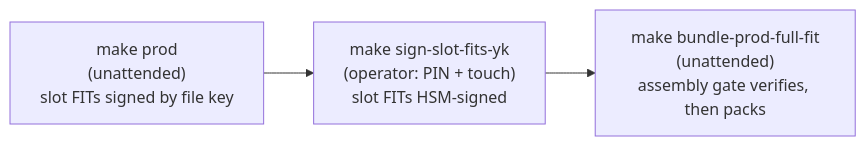
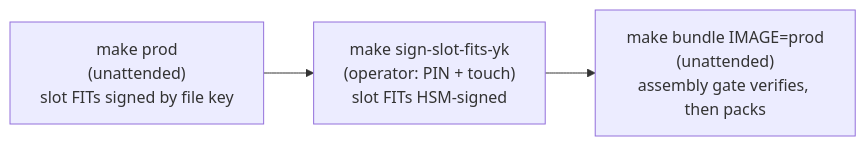
One commit to umair-as/rpi5-iot-gateway changed the diagram in docs/FIT_BOOT_SIGNING.md. Above: the diagram before and after it, drawn with Mermaid. The commit also changed other lines of this file and 24 other files, not shown here.

````diff
--- a/docs/FIT_BOOT_SIGNING.md
+++ b/docs/FIT_BOOT_SIGNING.md
@@ -858,5 +856,5 @@
 ```mermaid
 flowchart LR
     A["make prod<br/>(unattended)<br/>slot FITs signed by file key"] --> B["make sign-slot-fits-yk<br/>(operator: PIN + touch)<br/>slot FITs HSM-signed"]
-    B --> C["make bundle-prod-full-fit<br/>(unattended)<br/>assembly gate verifies, then packs"]
+    B --> C["make bundle IMAGE=prod<br/>(unattended)<br/>assembly gate verifies, then packs"]
 ```
````
